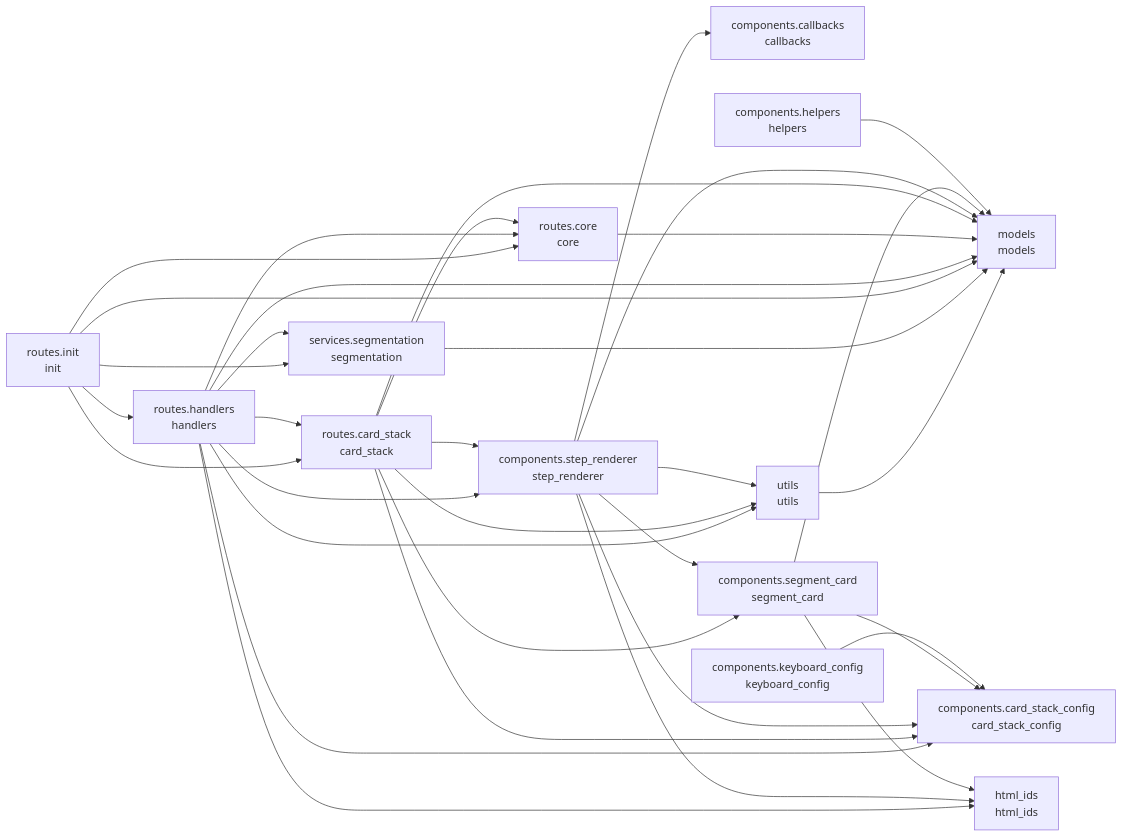
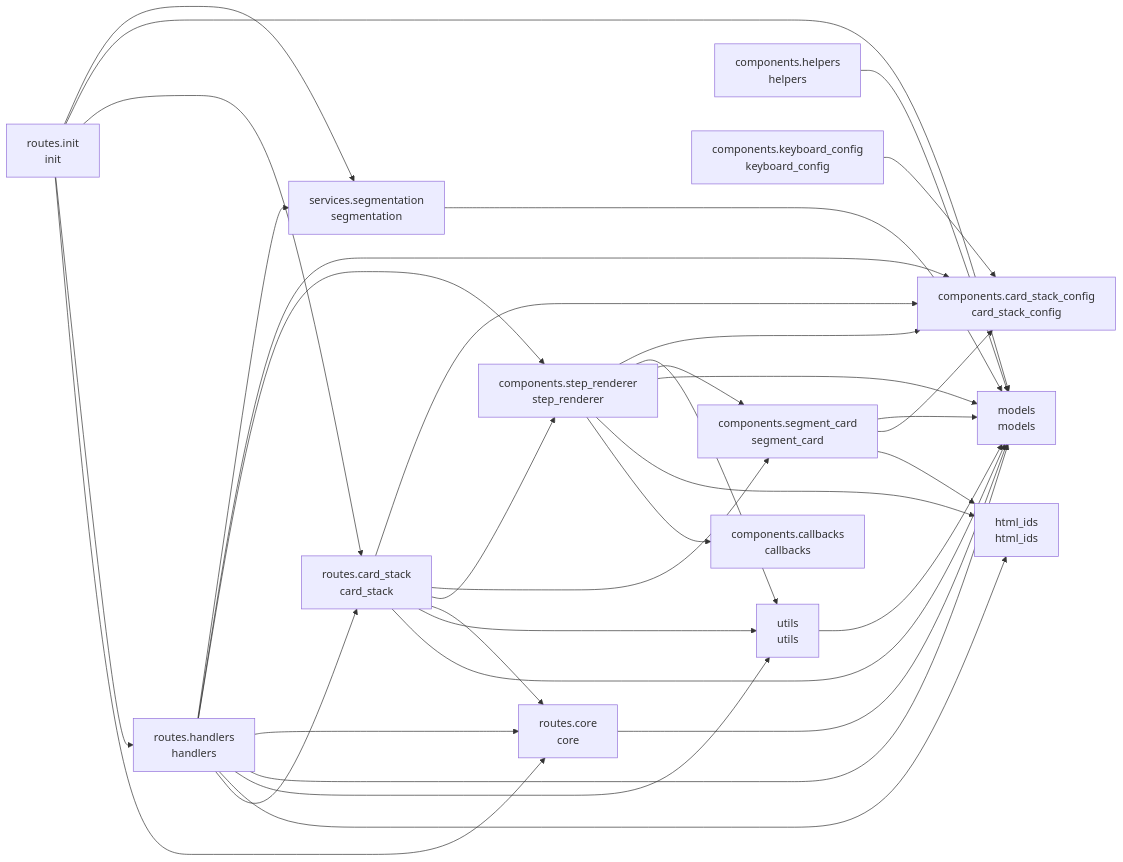
The diagram in README.md (cj-mills/cjm-transcript-segmentation), drawn with Mermaid before and after one commit. The commit also changed other lines of this file and 6 other files, not shown here.

````diff
--- a/README.md
+++ b/README.md
@@ -37,51 +37,51 @@
 ``` mermaid
 graph LR
     components_callbacks[components.callbacks<br/>callbacks]
     components_card_stack_config[components.card_stack_config<br/>card_stack_config]
     components_helpers[components.helpers<br/>helpers]
     components_keyboard_config[components.keyboard_config<br/>keyboard_config]
     components_segment_card[components.segment_card<br/>segment_card]
     components_step_renderer[components.step_renderer<br/>step_renderer]
     html_ids[html_ids<br/>html_ids]
     models[models<br/>models]
     routes_card_stack[routes.card_stack<br/>card_stack]
     routes_core[routes.core<br/>core]
     routes_handlers[routes.handlers<br/>handlers]
     routes_init[routes.init<br/>init]
     services_segmentation[services.segmentation<br/>segmentation]
     utils[utils<br/>utils]
 
     components_helpers --> models
     components_keyboard_config --> components_card_stack_config
+    components_segment_card --> models
+    components_segment_card --> components_card_stack_config
     components_segment_card --> html_ids
-    components_segment_card --> components_card_stack_config
-    components_segment_card --> models
     components_step_renderer --> components_card_stack_config
+    components_step_renderer --> utils
+    components_step_renderer --> components_segment_card
+    components_step_renderer --> models
     components_step_renderer --> html_ids
-    components_step_renderer --> utils
-    components_step_renderer --> models
     components_step_renderer --> components_callbacks
-    components_step_renderer --> components_segment_card
     routes_card_stack --> components_card_stack_config
+    routes_card_stack --> components_segment_card
+    routes_card_stack --> components_step_renderer
     routes_card_stack --> routes_core
+    routes_card_stack --> utils
     routes_card_stack --> models
-    routes_card_stack --> components_step_renderer
-    routes_card_stack --> utils
-    routes_card_stack --> components_segment_card
     routes_core --> models
     routes_handlers --> services_segmentation
     routes_handlers --> components_card_stack_config
+    routes_handlers --> components_step_renderer
+    routes_handlers --> routes_core
+    routes_handlers --> models
+    routes_handlers --> utils
     routes_handlers --> html_ids
-    routes_handlers --> routes_core
     routes_handlers --> routes_card_stack
-    routes_handlers --> utils
-    routes_handlers --> models
-    routes_handlers --> components_step_renderer
     routes_init --> services_segmentation
+    routes_init --> models
+    routes_init --> routes_card_stack
     routes_init --> routes_handlers
     routes_init --> routes_core
-    routes_init --> models
-    routes_init --> routes_card_stack
     services_segmentation --> models
     utils --> models
 ```
````
